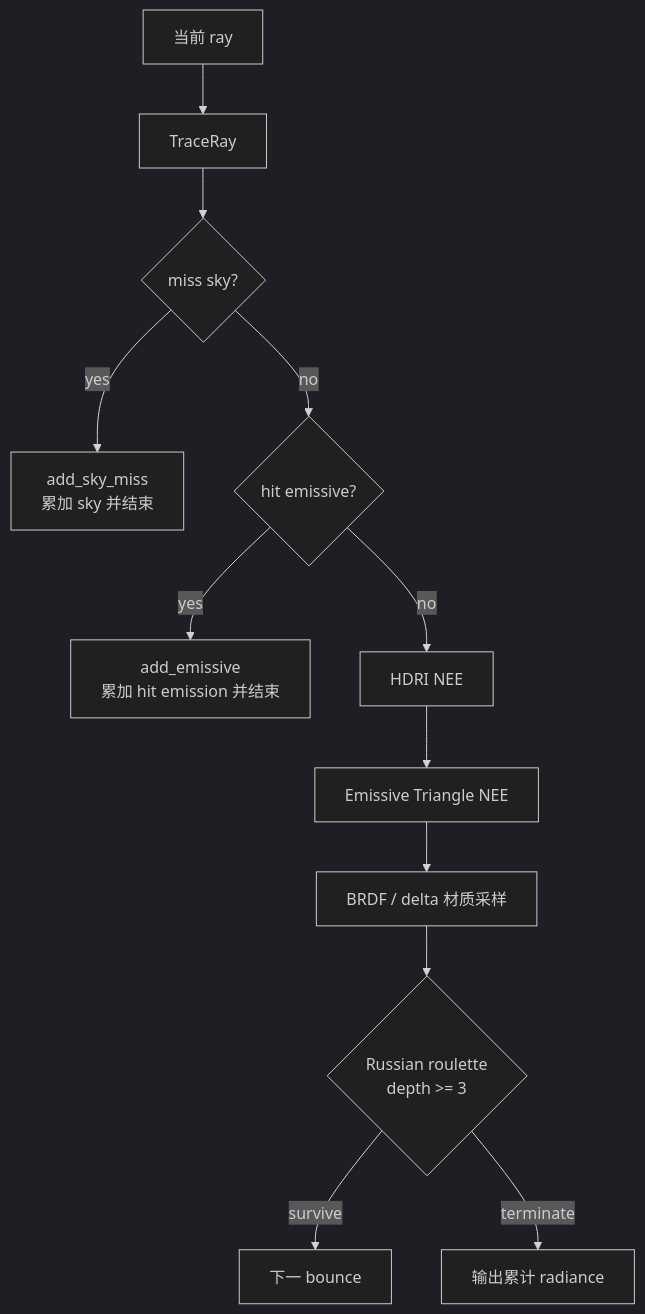
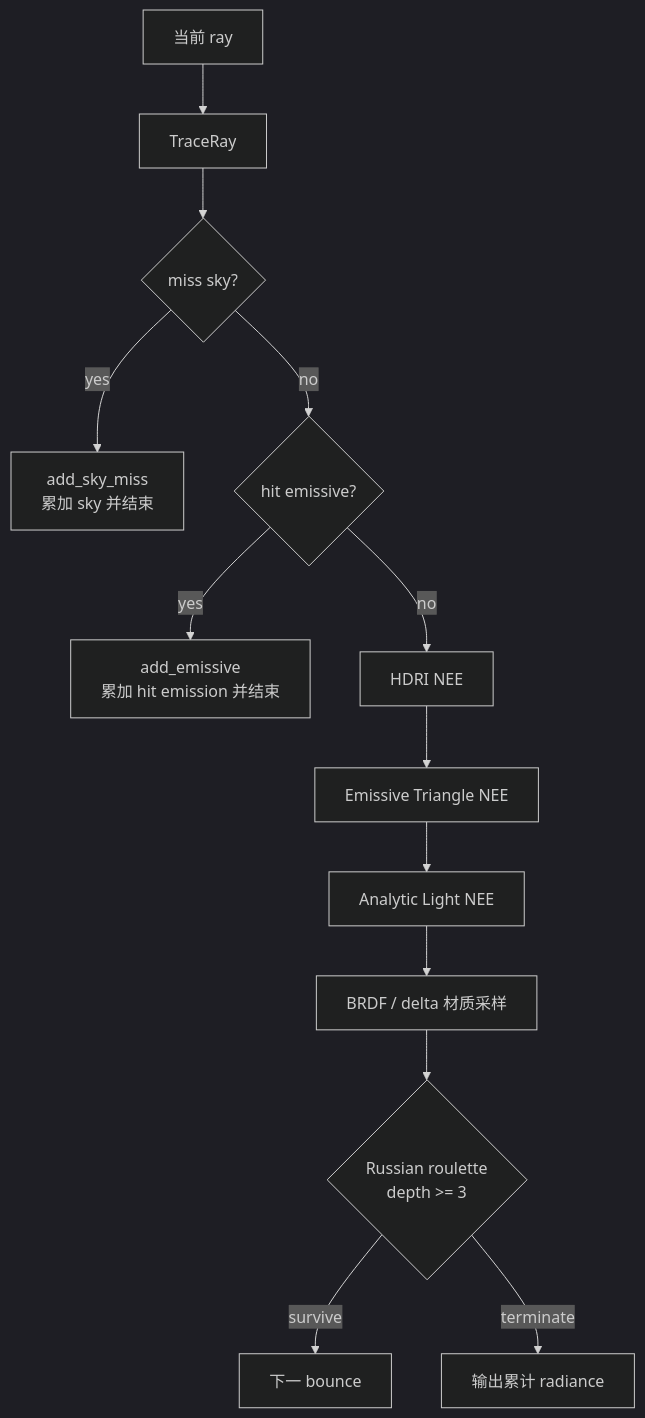
Before and after one commit to acccoco/TruvisRenderer: the diagram in docs/summaries/realtime-rt-raytracing-flow.md, drawn with Mermaid (dark theme). The commit also changed other lines of this file and 21 other files, not shown here.

Commit message:
feat analytic light NEE

````diff
--- a/docs/summaries/realtime-rt-raytracing-flow.md
+++ b/docs/summaries/realtime-rt-raytracing-flow.md
@@ -53,14 +54,15 @@
 ```mermaid
 flowchart TD
     Ray["当前 ray"] --> Trace["TraceRay"]
     Trace --> Miss{"miss sky?"}
     Miss -- yes --> Sky["add_sky_miss<br/>累加 sky 并结束"]
     Miss -- no --> Emissive{"hit emissive?"}
     Emissive -- yes --> HitLight["add_emissive<br/>累加 hit emission 并结束"]
     Emissive -- no --> HdriNee["HDRI NEE"]
     HdriNee --> EmissiveNee["Emissive Triangle NEE"]
-    EmissiveNee --> Brdf["BRDF / delta 材质采样"]
+    EmissiveNee --> AnalyticNee["Analytic Light NEE"]
+    AnalyticNee --> Brdf["BRDF / delta 材质采样"]
     Brdf --> RR{"Russian roulette<br/>depth >= 3"}
     RR -- survive --> Next["下一 bounce"]
     RR -- terminate --> Output["输出累计 radiance"]
 ```
````
